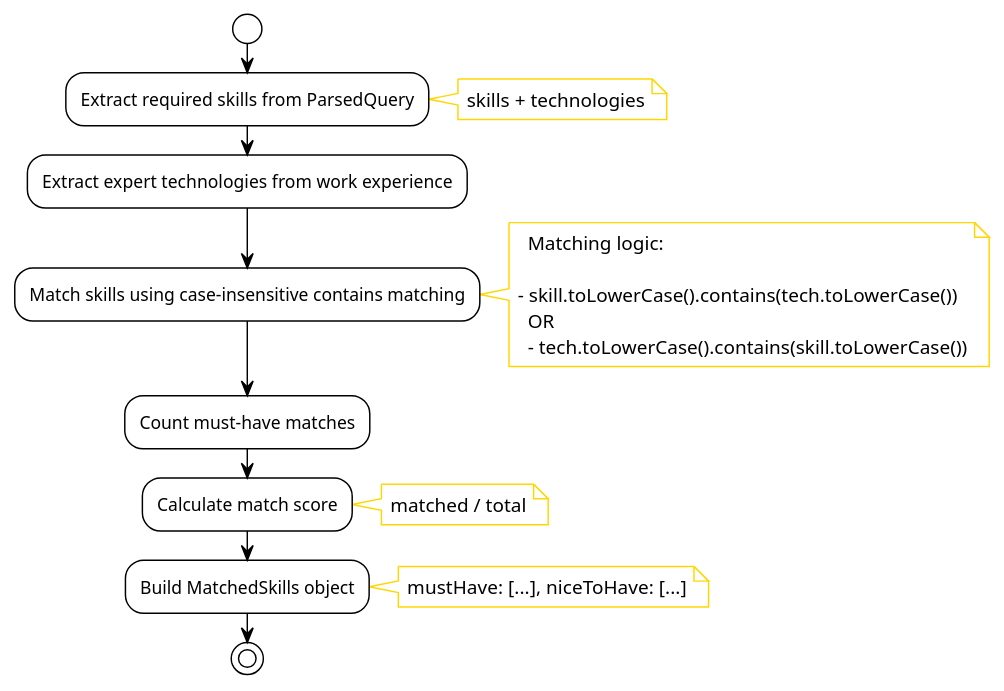
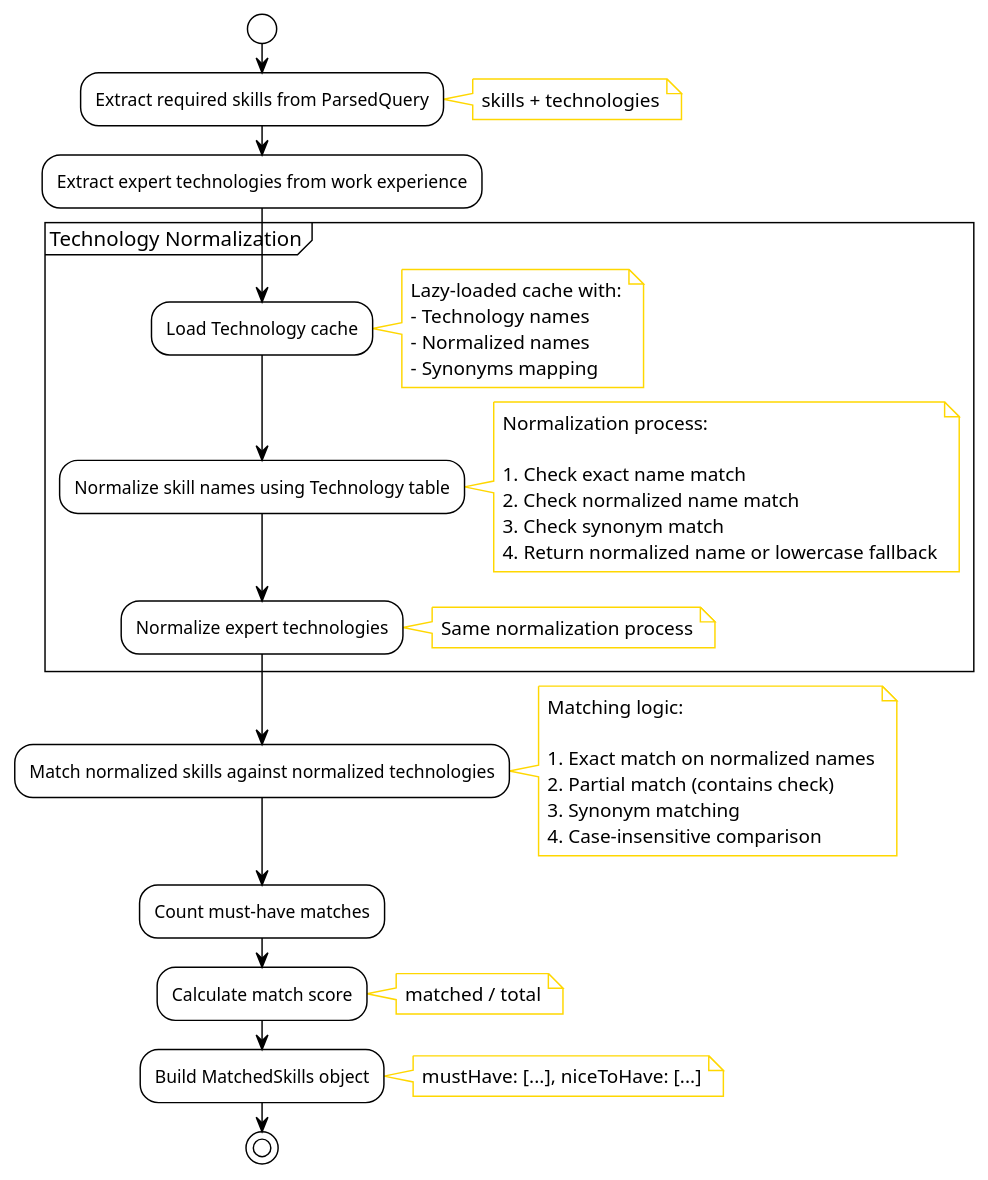
The ninth of 14 diagrams in docs/ExpertMatch-Expert-Search-Flow.md (berdachuk/expert-match-ce), drawn with PlantUML before and after one commit. The commit also changed other lines of this file and 11 other files, not shown here.

````diff
--- a/docs/ExpertMatch-Expert-Search-Flow.md
+++ b/docs/ExpertMatch-Expert-Search-Flow.md
@@ -611,38 +614,56 @@
 ```uml
 @startuml
 !theme plain
 skinparam backgroundColor #FFFFFF
 skinparam note {
   BackgroundColor #FFFFFF
   BorderColor #FFD700
 }
 
 
 start
 
 :Extract required skills from ParsedQuery;
 note right: skills + technologies
 
 :Extract expert technologies from work experience;
 
-:Match skills using case-insensitive contains matching;
+partition "Technology Normalization" {
+    :Load Technology cache;
+    note right: Lazy-loaded cache with:\n- Technology names\n- Normalized names\n- Synonyms mapping
+    :Normalize skill names using Technology table;
+    note right
+      Normalization process:
+      
+      1. Check exact name match
+      2. Check normalized name match
+      3. Check synonym match
+      4. Return normalized name or lowercase fallback
+    end note
+    
+    :Normalize expert technologies;
+    note right: Same normalization process
+}
+
+:Match normalized skills against normalized technologies;
 note right
   Matching logic:
-
-- skill.toLowerCase().contains(tech.toLowerCase())
-  OR
-  - tech.toLowerCase().contains(skill.toLowerCase())
+  
+  1. Exact match on normalized names
+  2. Partial match (contains check)
+  3. Synonym matching
+  4. Case-insensitive comparison
 end note
 
 :Count must-have matches;
 
 :Calculate match score;
 note right: matched / total
 
 :Build MatchedSkills object;
 note right: mustHave: [...], niceToHave: [...]
 
 stop
 
 @enduml
 ```
````
